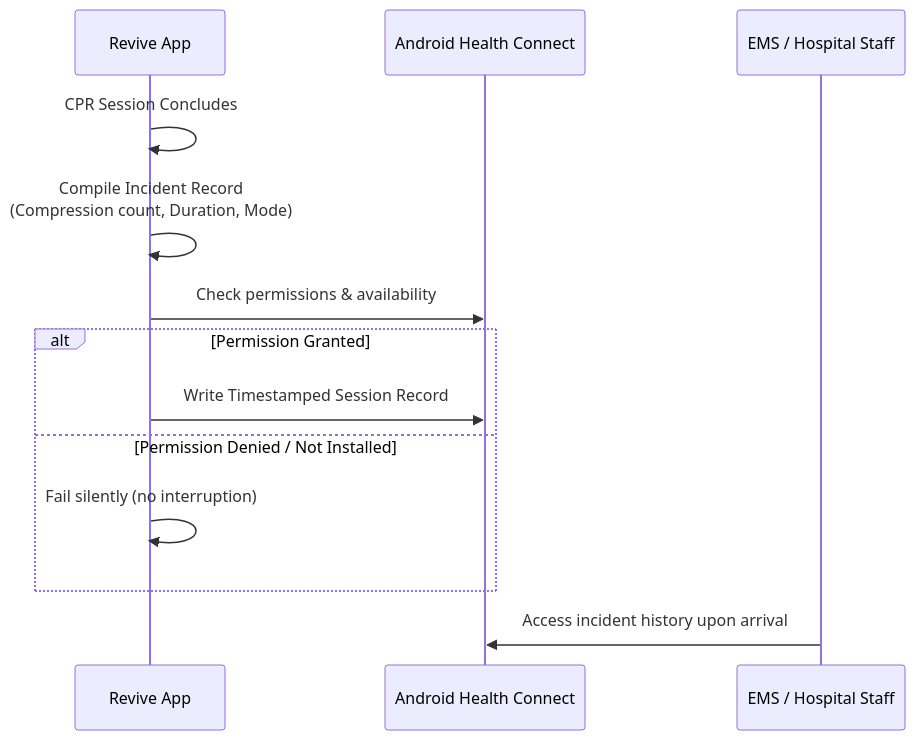
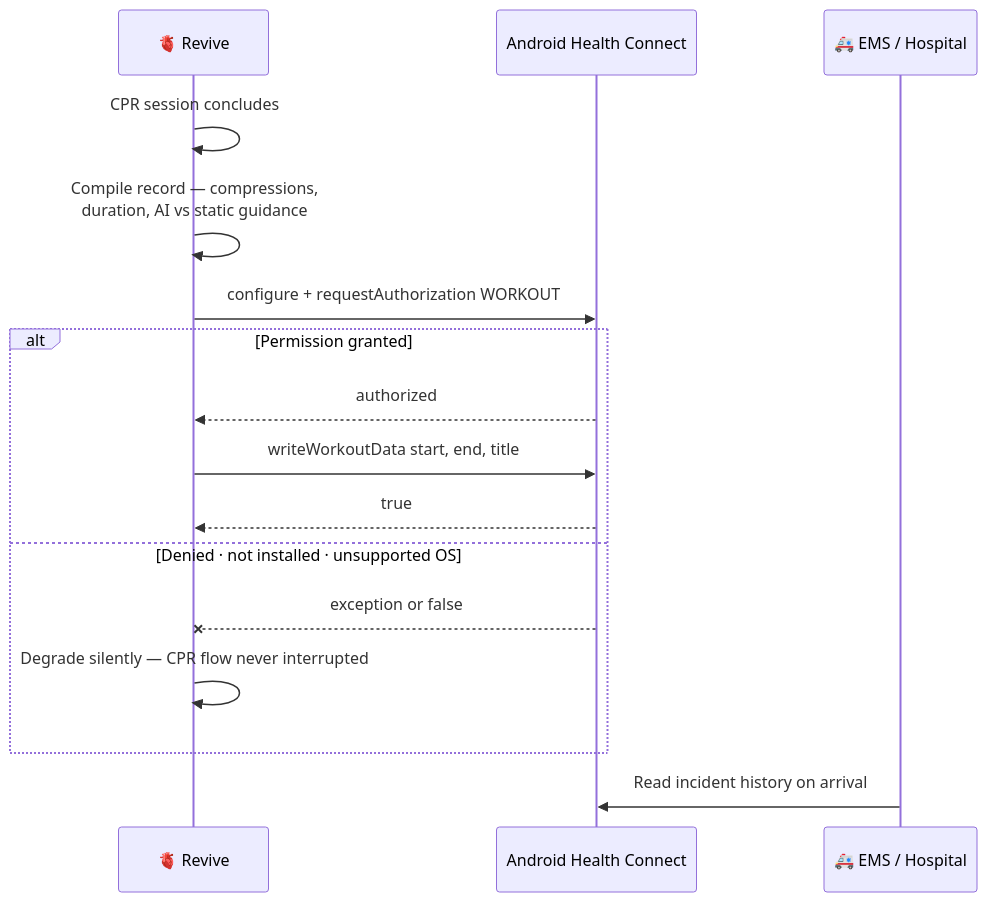
The fourth of 4 diagrams in README.md (V1shnuuu/REV), drawn with Mermaid before and after one commit. The commit also changed other lines of this file, not shown here.

Commit message:
docs: overhaul README with enhanced formatting, architecture diagrams, and improved section structure

````diff
--- a/README.md
+++ b/README.md
@@ -74,17 +398,21 @@
 ```mermaid
 sequenceDiagram
-    participant App as Revive App
-    participant OS as Android Health Connect
-    participant EMS as EMS / Hospital Staff
-    
-    App->>App: CPR Session Concludes
-    App->>App: Compile Incident Record<br/>(Compression count, Duration, Mode)
-    App->>OS: Check permissions & availability
-    alt Permission Granted
-        App->>OS: Write Timestamped Session Record
-    else Permission Denied / Not Installed
-        App->>App: Fail silently (no interruption)
+    participant App as 🫀 Revive
+    participant HC as Android Health Connect
+    participant EMS as 🚑 EMS / Hospital
+
+    App->>App: CPR session concludes
+    App->>App: Compile record — compressions,<br/>duration, AI vs static guidance
+    App->>HC: configure + requestAuthorization WORKOUT
+
+    alt Permission granted
+        HC-->>App: authorized
+        App->>HC: writeWorkoutData start, end, title
+        HC-->>App: true
+    else Denied · not installed · unsupported OS
+        HC--xApp: exception or false
+        App->>App: Degrade silently — CPR flow never interrupted
     end
-    
-    EMS->>OS: Access incident history upon arrival
+
+    EMS->>HC: Read incident history on arrival
 ```
````
